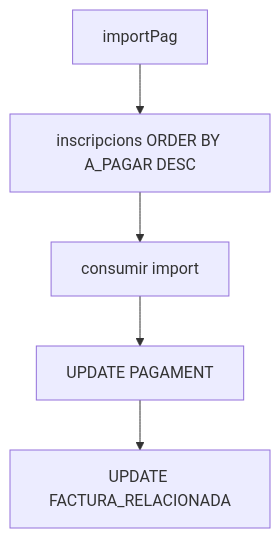
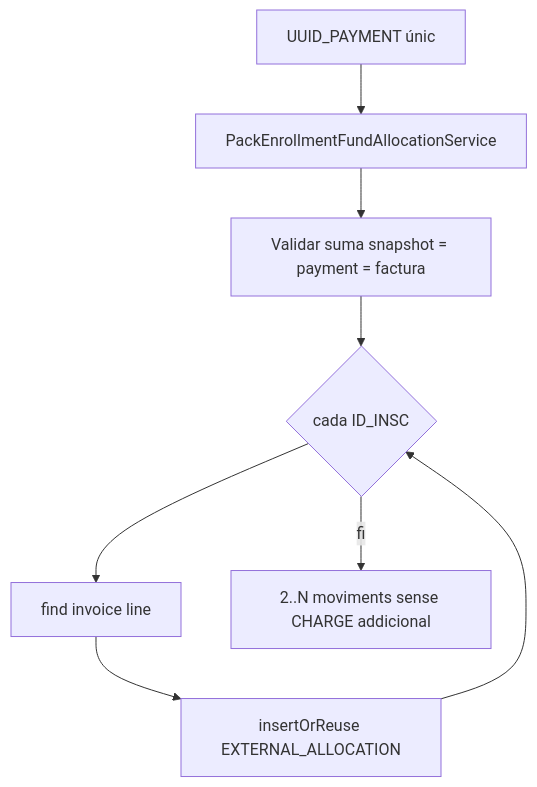
Diagram 15 of 20 in documentacio/07-uml-integrat/uc-015-activitats-pagines-pack-actual-final.md (orgmeriemprismacat-del/verifactu), drawn with Mermaid before and after one commit. The commit also changed other lines of this file, not shown here.

````diff
--- a/documentacio/07-uml-integrat/uc-015-activitats-pagines-pack-actual-final.md
+++ b/documentacio/07-uml-integrat/uc-015-activitats-pagines-pack-actual-final.md
@@ -193,7 +196,10 @@
 ```mermaid
 flowchart TD
-A[importPag] --> B[inscripcions ORDER BY A_PAGAR DESC]
-B --> C[consumir import]
-C --> D[UPDATE PAGAMENT]
-D --> E[UPDATE FACTURA_RELACIONADA]
+A[UUID_PAYMENT únic] --> B[PackEnrollmentFundAllocationService]
+B --> C[Validar suma snapshot = payment = factura]
+C --> D{cada ID_INSC}
+D --> E[find invoice line]
+E --> F[insertOrReuse EXTERNAL_ALLOCATION]
+F --> D
+D -->|fi| G[2..N moviments sense CHARGE addicional]
 ```
````
